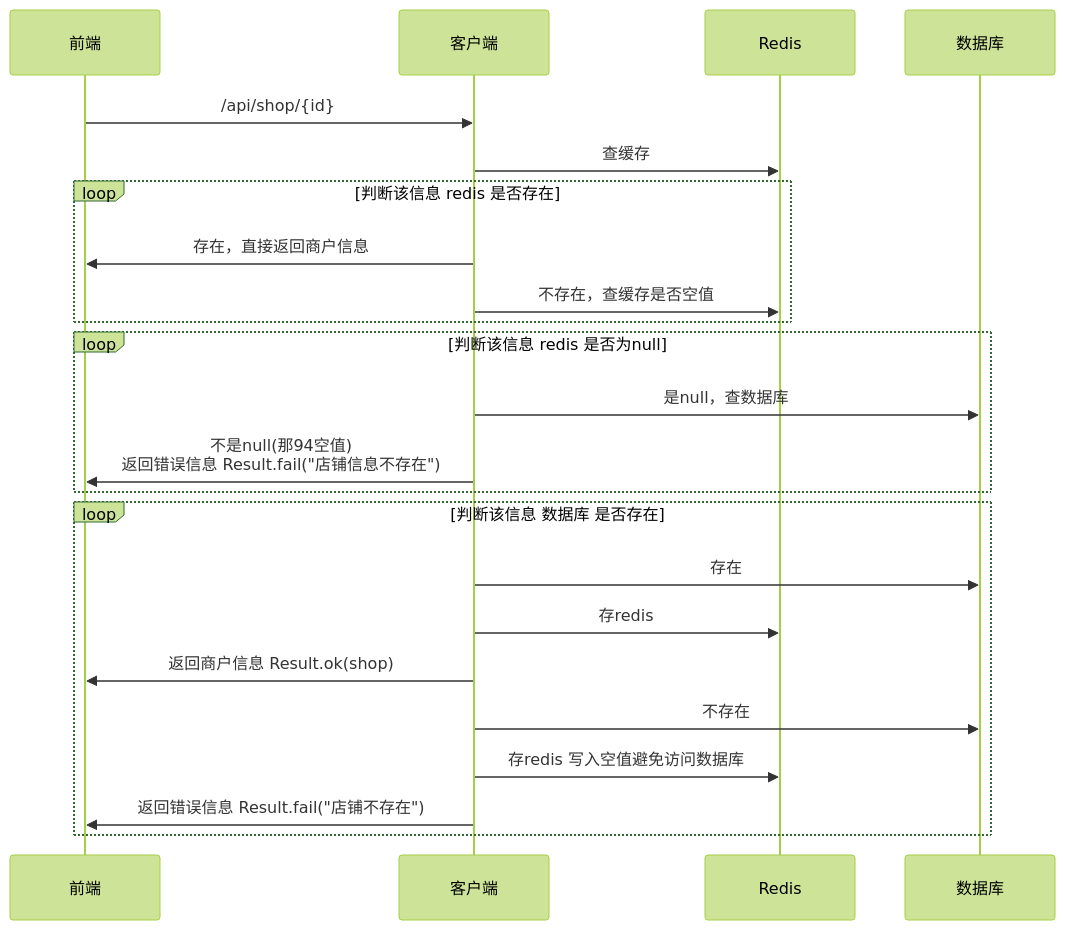
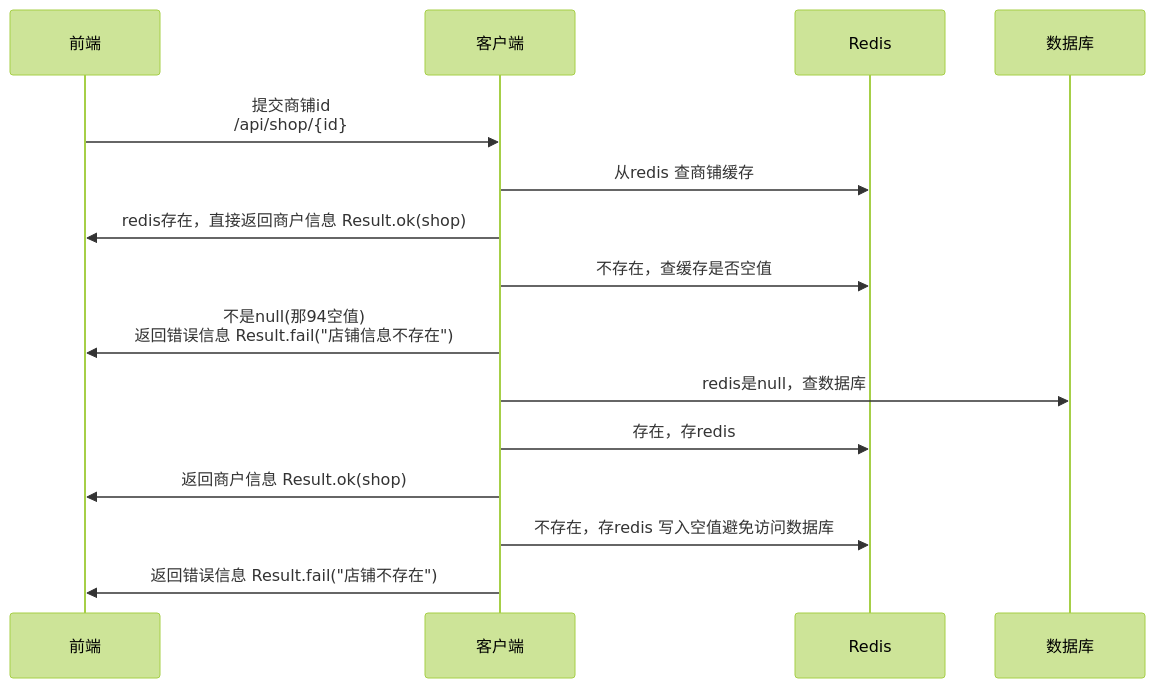
One commit to feed981/e01 changed the third of 5 diagrams in README.md. Above: the diagram before and after it, drawn with Mermaid (forest theme). The commit also changed other lines of this file, not shown here.

````diff
--- a/README.md
+++ b/README.md
@@ -1352,29 +364,18 @@
 ```mermaid
 sequenceDiagram
     participant 前端
     participant 客户端
     participant Redis
     participant 数据库
 	
-	
-	前端->>客户端: /api/shop/{id}
-	客户端->>Redis: 查缓存
-	loop 判断该信息 redis 是否存在
-	  客户端->>前端: 存在，直接返回商户信息
-	  客户端->>Redis: 不存在，查缓存是否空值
-	end
-	loop 判断该信息 redis 是否为null
-	  客户端->>数据库: 	是null，查数据库
-		客户端->>前端: 	不是null(那94空值)<br>返回错误信息 Result.fail("店铺信息不存在")
-	end
-	loop 判断该信息 数据库 是否存在
-	  客户端->>数据库: 存在
-	  客户端->>Redis: 存redis
-	  客户端->>前端: 返回商户信息 Result.ok(shop)
-	  
-	  客户端->>数据库: 不存在
-	  客户端->>Redis: 存redis 写入空值避免访问数据库
-	  客户端->>前端: 返回错误信息 Result.fail("店铺不存在")
-	end
-    
+前端->>客户端: 提交商铺id <br>/api/shop/{id}
+客户端->>Redis: 从redis 查商铺缓存
+客户端->>前端: redis存在，直接返回商户信息 Result.ok(shop)
+客户端->>Redis: 不存在，查缓存是否空值
+客户端->>前端: 不是null(那94空值)<br>返回错误信息 Result.fail("店铺信息不存在")
+客户端->>数据库: redis是null，查数据库
+客户端->>Redis: 存在，存redis
+客户端->>前端: 返回商户信息 Result.ok(shop)
+客户端->>Redis: 不存在，存redis 写入空值避免访问数据库
+客户端->>前端: 返回错误信息 Result.fail("店铺不存在")
 ```
````
